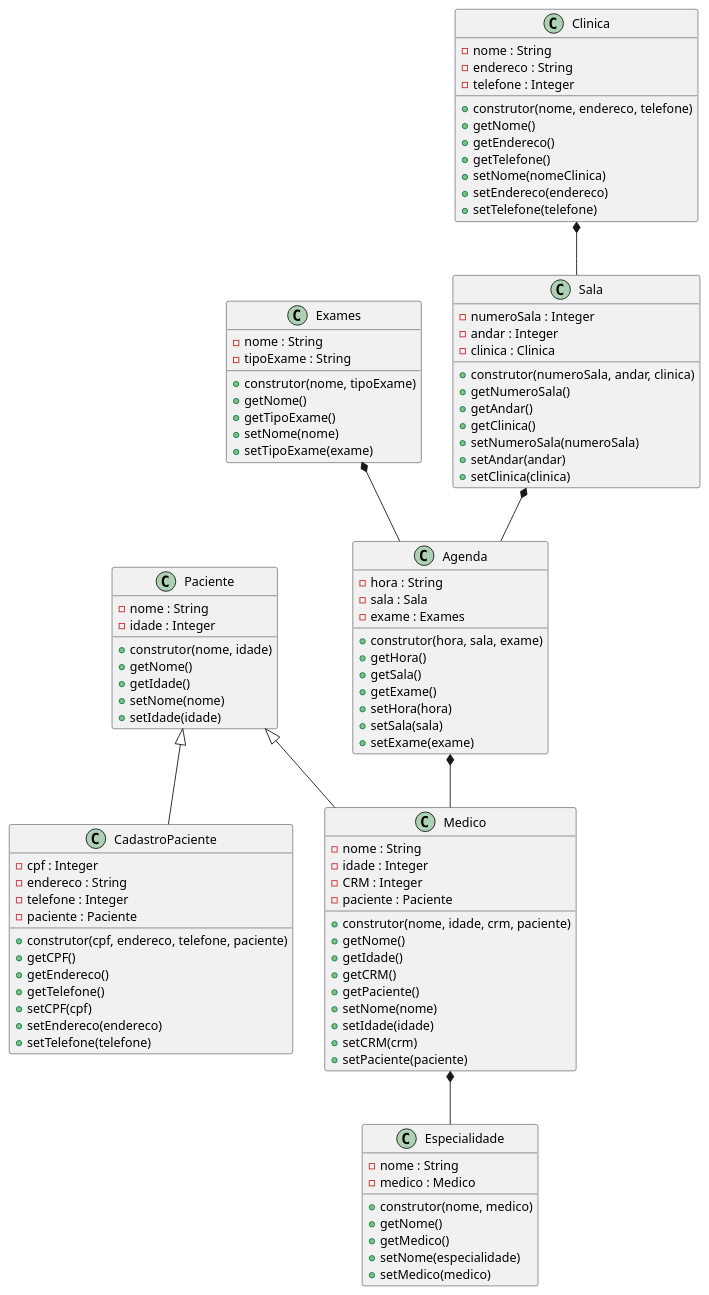
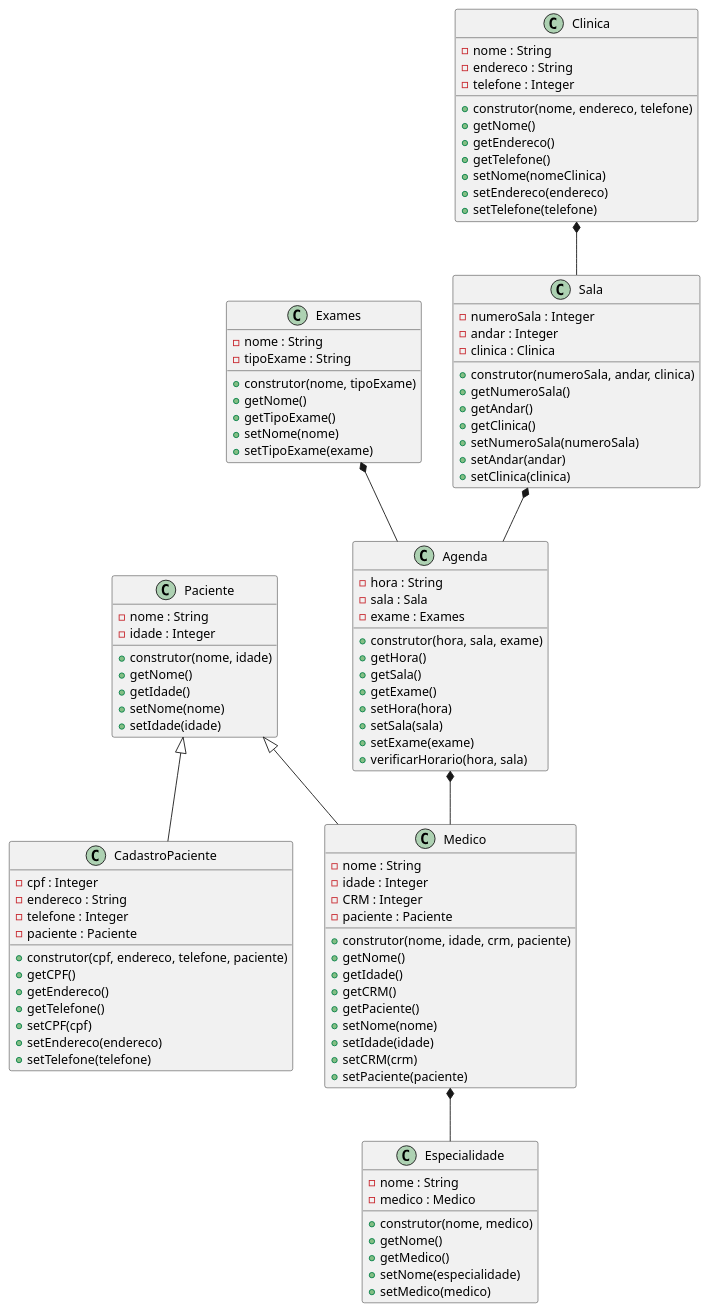
Before and after one commit to anleaes/2022-1-N2-POO-03: the diagram in diagrama.plantuml, drawn with PlantUML.

Commit message:
criado função verificarHorario com parametros hora e sala

```diff
--- a/diagrama.plantuml
+++ b/diagrama.plantuml
@@ -1,110 +1,111 @@
 @startuml Gerenciamento de Exames Medicos
 
     class Agenda{
         - hora : String
         - sala : Sala
         - exame : Exames
         + construtor(hora, sala, exame)
         + getHora()
         + getSala()
         + getExame()
         + setHora(hora)
         + setSala(sala)
         + setExame(exame)
+        + verificarHorario(hora, sala)
     }
 
     class Paciente{
         - nome : String
         - idade : Integer
         + construtor(nome, idade)
         + getNome()
         + getIdade()
         + setNome(nome)
         + setIdade(idade)
     }
 
     class CadastroPaciente{
         - cpf : Integer
         - endereco : String
         - telefone : Integer
         - paciente : Paciente
         + construtor(cpf, endereco, telefone, paciente)
         + getCPF()
         + getEndereco()
         + getTelefone()
         + setCPF(cpf)
         + setEndereco(endereco)
         + setTelefone(telefone)
     }
 
     class Medico{
         - nome : String
         - idade : Integer
         - CRM : Integer
         - paciente : Paciente
         + construtor(nome, idade, crm, paciente)
         + getNome()
         + getIdade()
         + getCRM()
         + getPaciente()
         + setNome(nome)
         + setIdade(idade)
         + setCRM(crm)
         + setPaciente(paciente)
     }
 
     class Exames{
         - nome : String
         - tipoExame : String
         + construtor(nome, tipoExame)
         + getNome()
         + getTipoExame()
         + setNome(nome)
         + setTipoExame(exame)
     }
 
     class Especialidade{
         - nome : String
         - medico : Medico
         + construtor(nome, medico)
         + getNome()
         + getMedico()
         + setNome(especialidade)
         + setMedico(medico)
     }
 
     class Clinica{
         - nome : String
         - endereco : String
         - telefone : Integer
         + construtor(nome, endereco, telefone)
         + getNome()
         + getEndereco()
         + getTelefone()
         + setNome(nomeClinica)
         + setEndereco(endereco)
         + setTelefone(telefone)
     }
 
     class Sala{
         - numeroSala : Integer
         - andar : Integer
         - clinica : Clinica
         + construtor(numeroSala, andar, clinica)
         + getNumeroSala()
         + getAndar()
         + getClinica()
         + setNumeroSala(numeroSala)
         + setAndar(andar)
         + setClinica(clinica)
     }
 
     Paciente <|-- CadastroPaciente
     Paciente <|-- Medico
     Medico *-- Especialidade
     Exames *-- Agenda
     Sala *-- Agenda
     Agenda *-- Medico
     Clinica *-- Sala
 
 @enduml
```
